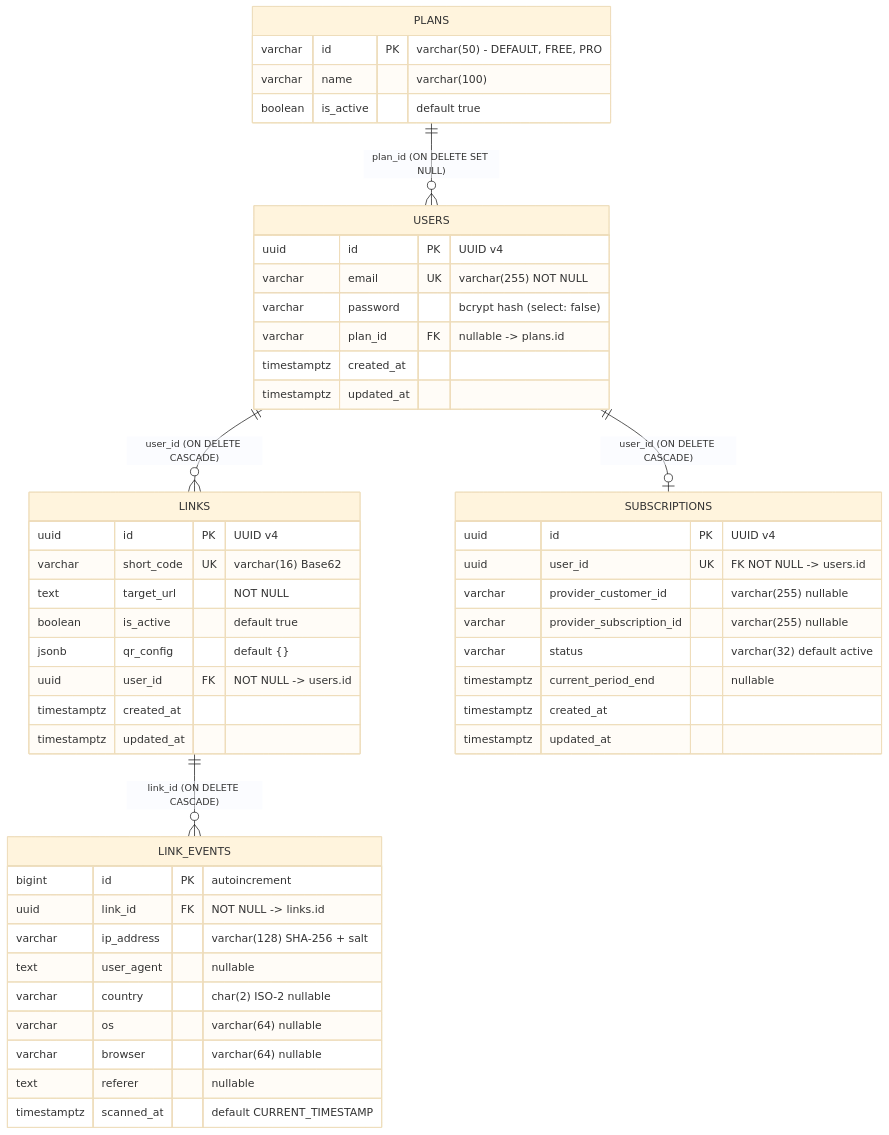
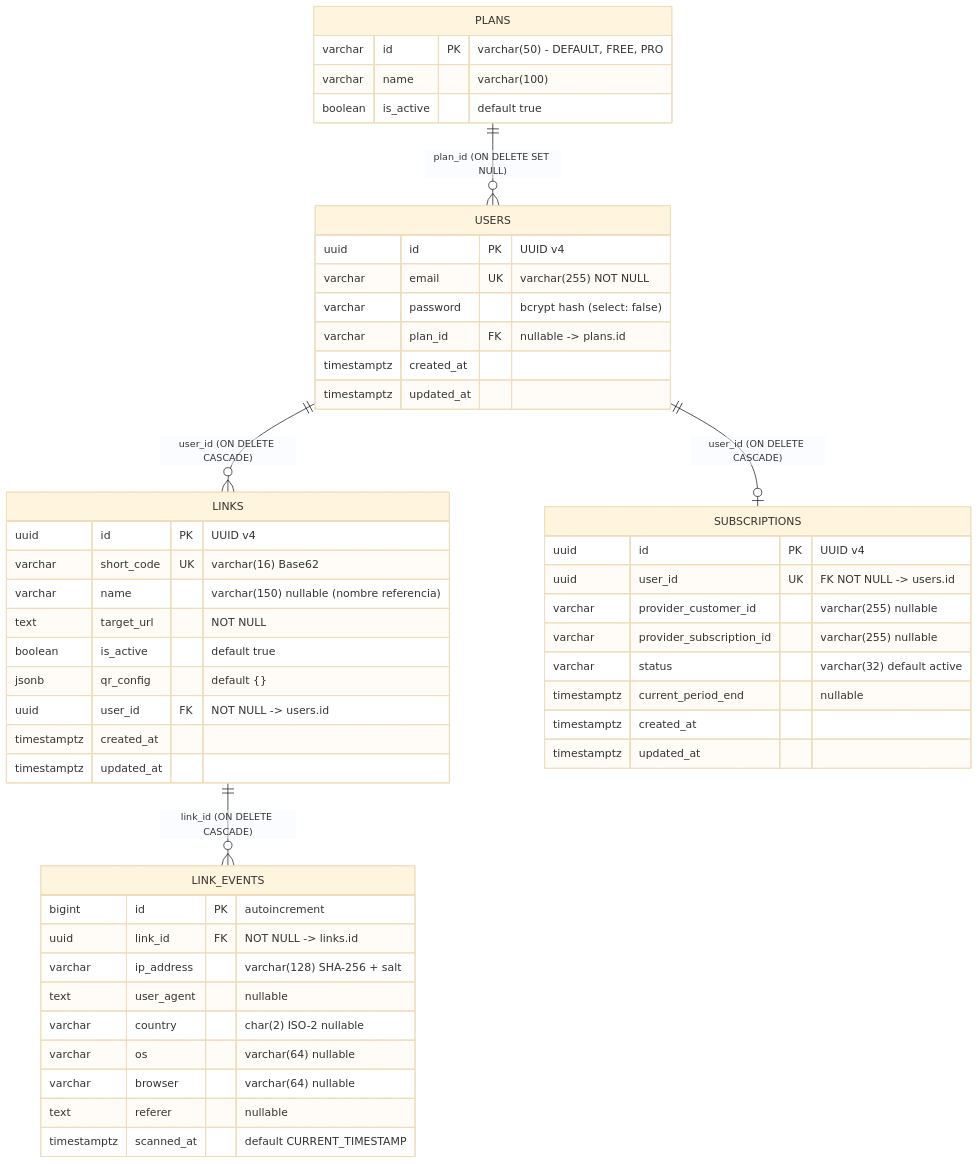
One commit to kevinPoncema/shorte-link changed the second of 2 diagrams in docs/database.md. Above: the diagram before and after it, drawn with Mermaid (base theme). The commit also changed other lines of this file and 14 other files, not shown here.

````diff
--- a/docs/database.md
+++ b/docs/database.md
@@ -88,56 +89,57 @@
 ```mermaid
 erDiagram
   PLANS ||--o{ USERS : "plan_id (ON DELETE SET NULL)"
   USERS ||--o{ LINKS : "user_id (ON DELETE CASCADE)"
   USERS ||--o| SUBSCRIPTIONS : "user_id (ON DELETE CASCADE)"
   LINKS ||--o{ LINK_EVENTS : "link_id (ON DELETE CASCADE)"
 
   PLANS {
     varchar id PK "varchar(50) - DEFAULT, FREE, PRO"
     varchar name "varchar(100)"
     boolean is_active "default true"
   }
 
   USERS {
     uuid id PK "UUID v4"
     varchar email UK "varchar(255) NOT NULL"
     varchar password "bcrypt hash (select: false)"
     varchar plan_id FK "nullable -> plans.id"
     timestamptz created_at
     timestamptz updated_at
   }
 
   LINKS {
     uuid id PK "UUID v4"
     varchar short_code UK "varchar(16) Base62"
+    varchar name "varchar(150) nullable (nombre referencia)"
     text target_url "NOT NULL"
     boolean is_active "default true"
     jsonb qr_config "default {}"
     uuid user_id FK "NOT NULL -> users.id"
     timestamptz created_at
     timestamptz updated_at
   }
 
   LINK_EVENTS {
     bigint id PK "autoincrement"
     uuid link_id FK "NOT NULL -> links.id"
     varchar ip_address "varchar(128) SHA-256 + salt"
     text user_agent "nullable"
     varchar country "char(2) ISO-2 nullable"
     varchar os "varchar(64) nullable"
     varchar browser "varchar(64) nullable"
     text referer "nullable"
     timestamptz scanned_at "default CURRENT_TIMESTAMP"
   }
 
   SUBSCRIPTIONS {
     uuid id PK "UUID v4"
     uuid user_id UK "FK NOT NULL -> users.id"
     varchar provider_customer_id "varchar(255) nullable"
     varchar provider_subscription_id "varchar(255) nullable"
     varchar status "varchar(32) default active"
     timestamptz current_period_end "nullable"
     timestamptz created_at
     timestamptz updated_at
   }
 ```
````
